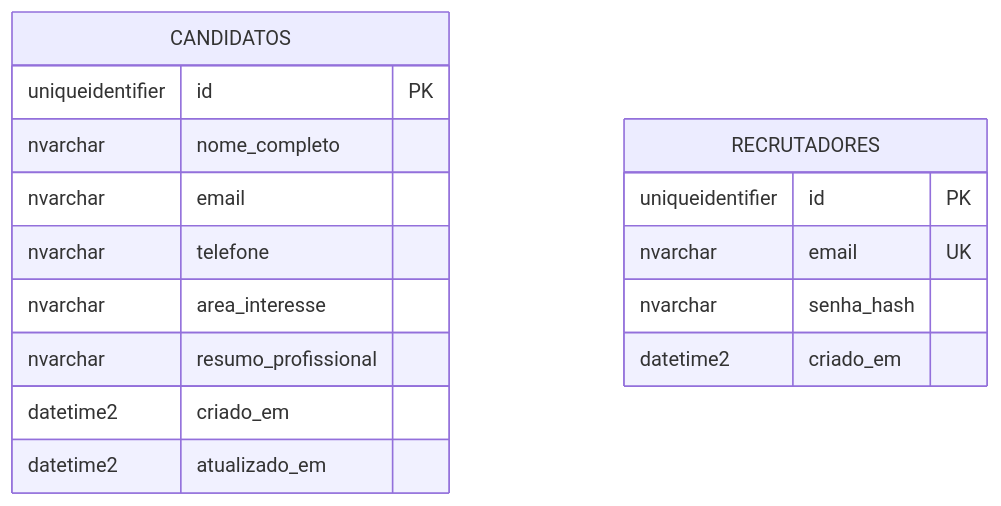
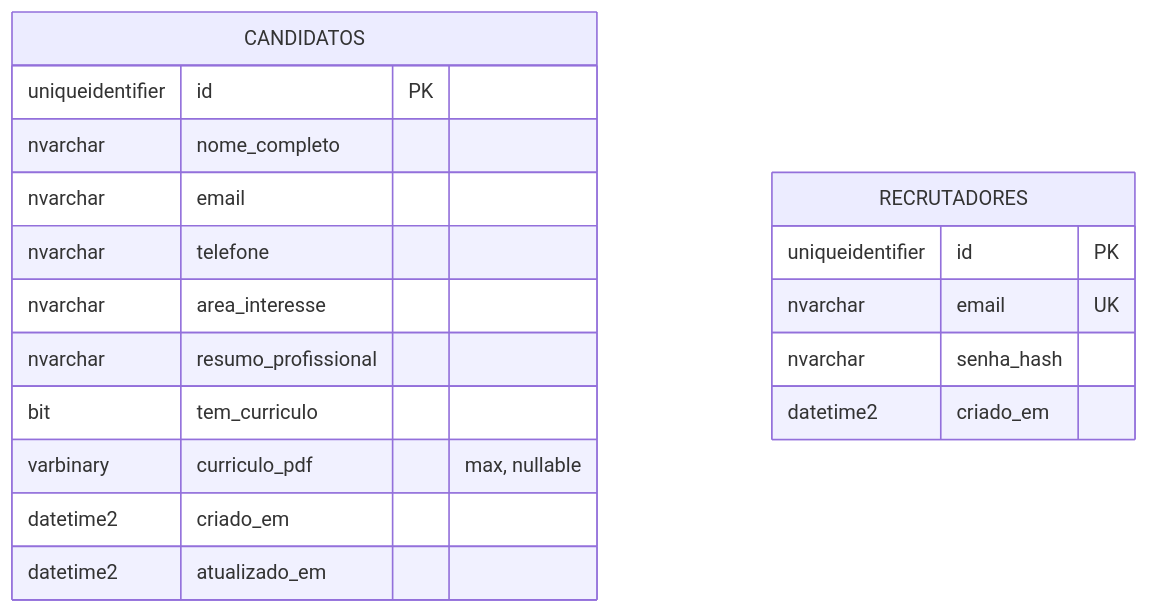
The diagram in docs/DIAGRAMA-ENTIDADE-RELACIONAMENTO.md (jalexss/cadastro), drawn with Mermaid before and after one commit. The commit also changed other lines of this file and 16 other files, not shown here.

````diff
--- a/docs/DIAGRAMA-ENTIDADE-RELACIONAMENTO.md
+++ b/docs/DIAGRAMA-ENTIDADE-RELACIONAMENTO.md
@@ -3,19 +3,21 @@
 ```mermaid
 erDiagram
     CANDIDATOS {
         uniqueidentifier id PK
         nvarchar nome_completo
         nvarchar email
         nvarchar telefone
         nvarchar area_interesse
         nvarchar resumo_profissional
+        bit tem_curriculo
+        varbinary curriculo_pdf "max, nullable"
         datetime2 criado_em
         datetime2 atualizado_em
     }
     RECRUTADORES {
         uniqueidentifier id PK
         nvarchar email UK
         nvarchar senha_hash
         datetime2 criado_em
     }
 ```
````
